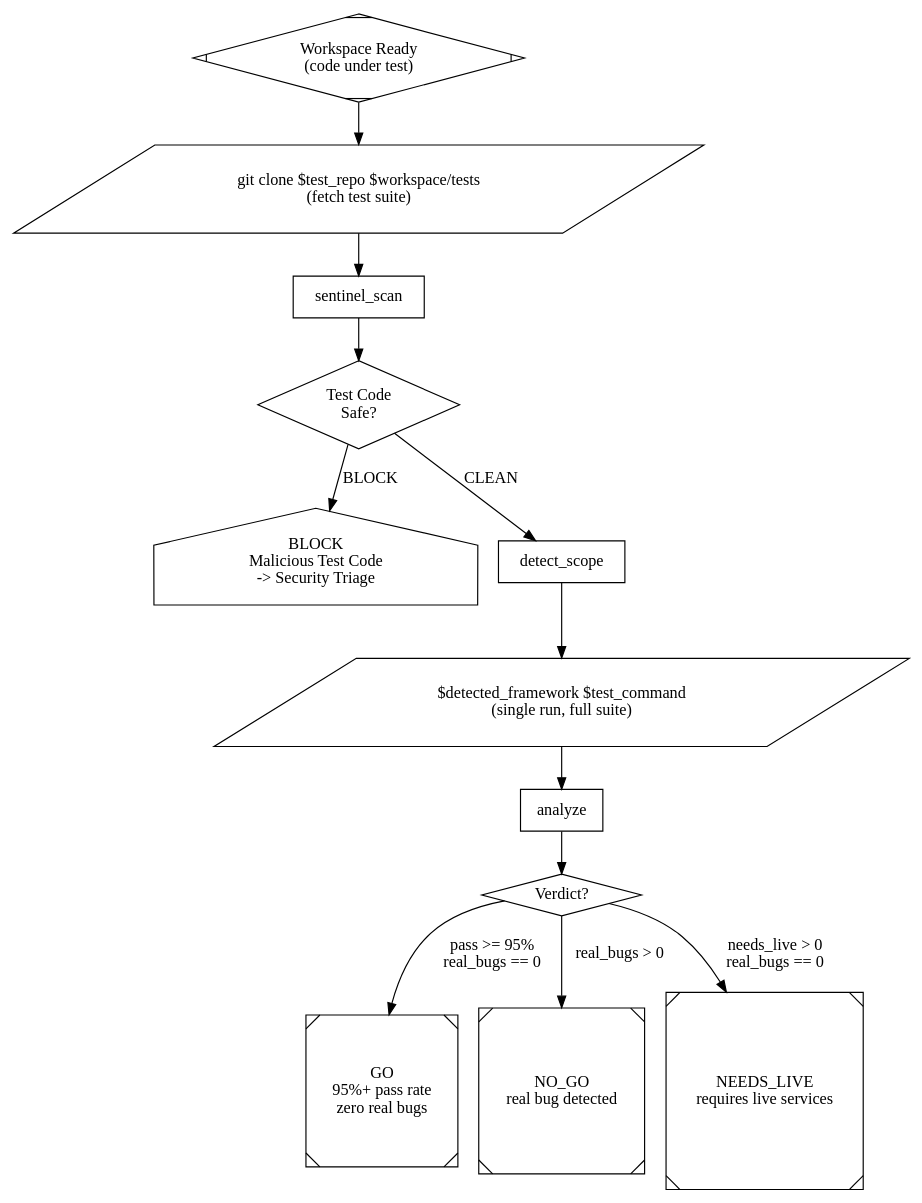
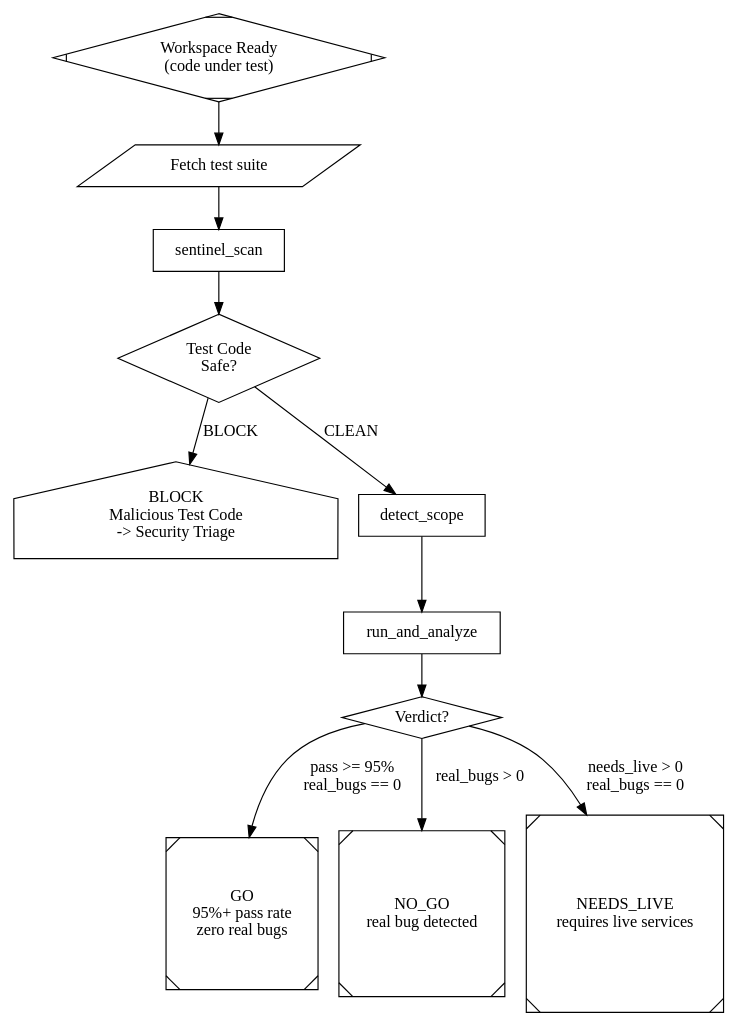
The diagram in pipelines/crucible.dot (ardrodus/dark-fac), drawn with Graphviz before and after one commit. The commit also changed 39 other files, not shown here.

First line of the commit message:
feat: pipeline rearchitecture — agent permissions, ralph-tui integration, and cross-pipeline parity

```diff
--- a/pipelines/crucible.dot
+++ b/pipelines/crucible.dot
@@ -1,77 +1,67 @@
 // Crucible: Validation Pipeline
 //
 // Dark Factory's test validation layer. Runs the full test suite against
 // a workspace and produces a three-way verdict:
 //   GO        -- 95%+ pass rate AND zero real bugs detected
 //   NO_GO     -- Any real bug found (test failure confirmed as genuine)
 //   NEEDS_LIVE -- Tests require live/external services not available in CI
 //
-// Single test run (no fan-out or sharding). Sentinel Gate 1 scans the
-// test code itself before execution to catch injected malicious tests.
-//
-// Flow: clone tests -> security scan -> scope detection -> run -> analyze -> verdict
-//
-// Demonstrates: linear pipeline, security gate on test code, AI-driven
-// failure analysis, three-way verdict routing.
+// Flow: clone tests -> security scan -> scope detection -> run + analyze -> verdict
 
 digraph crucible {
     graph [
         goal="Validate workspace code via single test run with three-way verdict"
     ]
 
     // --- Entry ---
     start [shape=Mdiamond, label="Workspace Ready\n(code under test)"]
 
     // --- Stage 1: Load Tests (git clone) ---
     load_tests [
         shape=parallelogram,
-        label="git clone $test_repo $workspace/tests\n(fetch test suite)"
+        label="Fetch test suite",
+        prompt="cd $workspace && git clone $test_repo .dark-factory/crucible-tests/ 2>&1 || echo 'Test repo already cloned'",
+        timeout="5m"
     ]
 
     // --- Stage 2: Sentinel Scan (Gate 1 on test code) ---
-    // Ensures test code itself is not malicious before execution.
-    // Reuses Sentinel Gate 1: secret scan + dependency audit.
     sentinel_scan [
         shape=box,
-        prompt="You are Sentinel performing Gate 1 on TEST CODE (not production code).\n\nScan the cloned test suite for:\n- Embedded secrets or credentials in test fixtures\n- Malicious dependencies in test requirements\n- Shell injection or file-system escape in test helpers\n- Network calls to unexpected external hosts\n- Any attempt to modify code outside the test directory\n\nVerdict: CLEAN (proceed) | BLOCK (test code is unsafe, abort pipeline)"
+        prompt="You are Sentinel performing Gate 1 on TEST CODE (not production code).\n\nWorkspace: $workspace\nTest directory: $workspace/.dark-factory/crucible-tests/\n\nScan the test suite for:\n- Embedded secrets or credentials in test fixtures\n- Malicious dependencies in test requirements\n- Shell injection or file-system escape in test helpers\n- Network calls to unexpected external hosts\n- Any attempt to modify code outside the test directory\n\nRead the test files and analyze them.\n\nVerdict: CLEAN (proceed) | BLOCK (test code is unsafe, abort pipeline)"
     ]
     sentinel_verdict [shape=diamond, label="Test Code\nSafe?"]
     sentinel_blocked [shape=house, label="BLOCK\nMalicious Test Code\n-> Security Triage"]
 
     // --- Stage 3: Detect Scope ---
     detect_scope [
         shape=box,
-        prompt="Analyze the test suite and workspace to determine test scope.\n\nDetect:\n- Test framework (pytest, jest, playwright, cargo test, go test, etc.)\n- Test files and count\n- Required services (databases, APIs, message queues)\n- Environment variables needed\n- Fixtures and setup requirements\n\nClassify each test as: unit | integration | e2e\nFlag tests that require live/external services not available in CI.\n\nOutput: framework, test_count, run_command, live_service_tests[]"
+        prompt="You are the Crucible scope detector.\n\nWorkspace: $workspace\nBase SHA: $base_sha\nHead SHA: $head_sha\n\nAnalyze the test suite and workspace to determine test scope.\n\nDetect:\n- Test framework (pytest, jest, playwright, cargo test, go test, etc.)\n- Test files and count\n- Required services (databases, APIs, message queues)\n- Environment variables needed\n- Fixtures and setup requirements\n\nClassify each test as: unit | integration | e2e\nFlag tests that require live/external services not available in CI.\n\nWrite your detection results to: $workspace/.dark-factory/crucible/scope.json\nInclude: framework, test_count, run_command, live_service_tests[]"
     ]
 
-    // --- Stage 4: Run Tests (single run, no sharding) ---
-    run_tests [
-        shape=parallelogram,
-        label="$detected_framework $test_command\n(single run, full suite)"
+    // --- Stage 4: Run Tests + Analyze ---
+    // Agent node: reads scope detection output, runs the detected test framework,
+    // then analyzes the results in one pass.
+    run_and_analyze [
+        shape=box,
+        prompt="You are the Crucible test runner and analyst.\n\nWorkspace: $workspace\nBase SHA: $base_sha\nHead SHA: $head_sha\n\n## Step 1: Run Tests\n\nRead the scope detection results at: $workspace/.dark-factory/crucible/scope.json\nRun the detected test framework against the workspace.\nCapture the full test output.\n\n## Step 2: Analyze Results\n\nFor each test failure, classify as:\n- REAL_BUG: Genuine code defect (assertion on correct behavior fails)\n- FLAKY: Non-deterministic failure (timing, ordering, resource contention)\n- ENV_ISSUE: Missing service, config, or dependency (not a code bug)\n- NEEDS_LIVE: Requires live external service unavailable in CI\n\nCompute pass rate: passed / (passed + failed) * 100\n\nWrite analysis to: $workspace/.dark-factory/crucible/analysis.json\nInclude: pass_rate, real_bug_count, needs_live_count, failure_details[]\n\nOutput a summary with your verdict recommendation:\n- GO: pass_rate >= 95% AND real_bug_count == 0\n- NO_GO: real_bug_count > 0\n- NEEDS_LIVE: needs_live_count > 0 AND real_bug_count == 0"
     ]
 
-    // --- Stage 5: Analyze Results ---
-    analyze [
-        shape=box,
-        prompt="You are the Crucible test analyst.\n\nAnalyze test results from the single test run:\n$test_output\n\nFor each failure, classify:\n- REAL_BUG: Genuine code defect (assertion on correct behavior fails)\n- FLAKY: Non-deterministic failure (timing, ordering, resource contention)\n- ENV_ISSUE: Missing service, config, or dependency (not a code bug)\n- NEEDS_LIVE: Requires live external service unavailable in CI\n\nCompute pass rate: passed / (passed + failed) * 100\n\nProvide:\n- pass_rate (percentage)\n- real_bug_count (REAL_BUG classifications)\n- needs_live_count (NEEDS_LIVE classifications)\n- failure_details[] with test name, classification, evidence"
-    ]
-
-    // --- Stage 6: Verdict (three-way) ---
+    // --- Stage 5: Verdict (three-way) ---
     verdict [shape=diamond, label="Verdict?"]
 
     go [shape=Msquare, label="GO\n95%+ pass rate\nzero real bugs"]
     no_go [shape=Msquare, label="NO_GO\nreal bug detected"]
     needs_live [shape=Msquare, label="NEEDS_LIVE\nrequires live services"]
 
     // --- Flow ---
     start -> load_tests -> sentinel_scan -> sentinel_verdict
 
     sentinel_verdict -> detect_scope [label="CLEAN"]
     sentinel_verdict -> sentinel_blocked [label="BLOCK"]
 
-    detect_scope -> run_tests -> analyze -> verdict
+    detect_scope -> run_and_analyze -> verdict
 
     verdict -> go [label="pass >= 95%\nreal_bugs == 0"]
     verdict -> no_go [label="real_bugs > 0"]
     verdict -> needs_live [label="needs_live > 0\nreal_bugs == 0"]
 }
```
